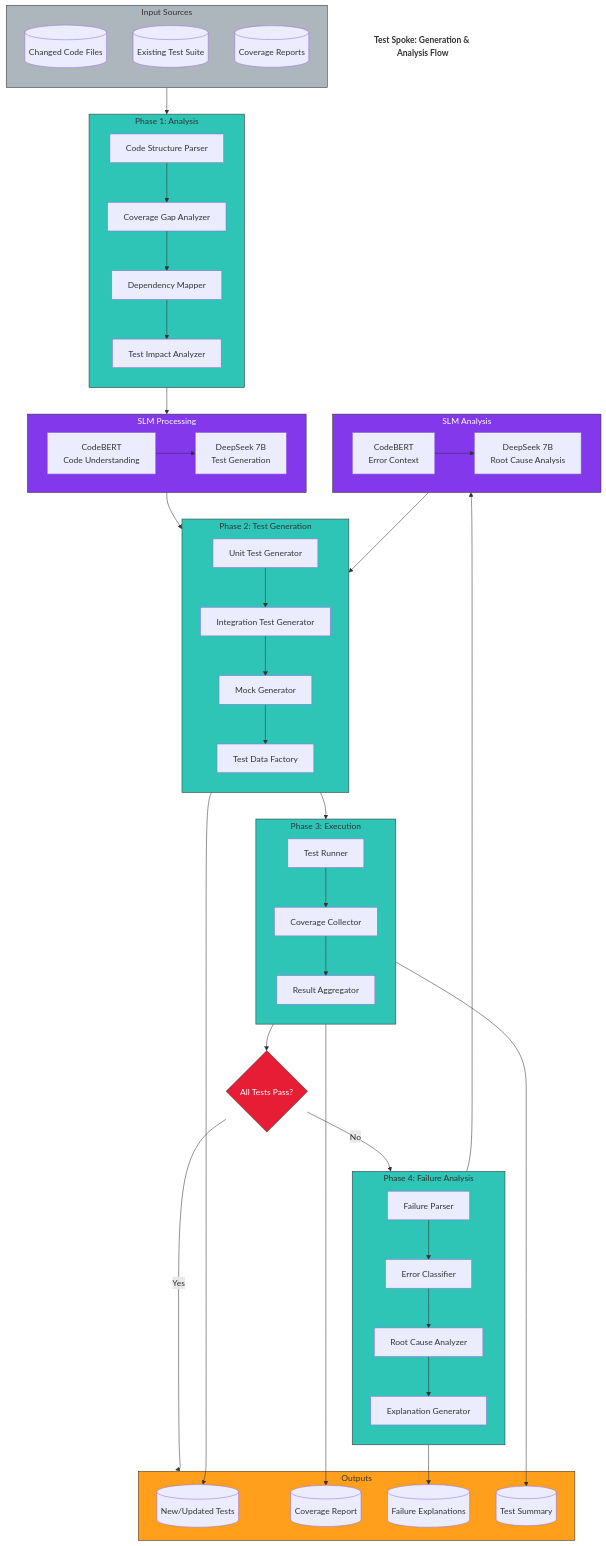
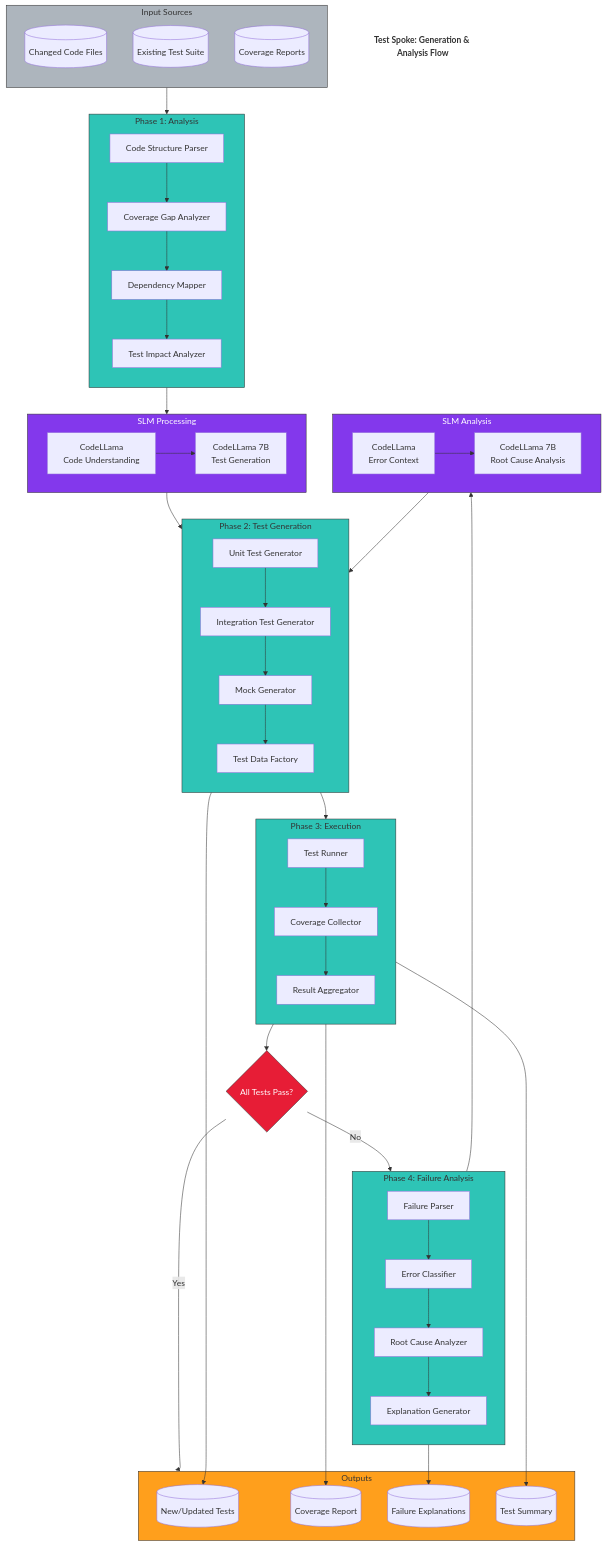
The diagram in docs/diagrams/test-spoke-flow.mmd (Drecoder/spoke-tool), drawn with Mermaid before and after one commit.

Commit message:
Revise test spoke flow diagram with updated components
Updated the diagram to reflect changes in the SLM Processing and Analysis phases.

```diff
--- a/docs/diagrams/test-spoke-flow.mmd
+++ b/docs/diagrams/test-spoke-flow.mmd
@@ -1,109 +1,110 @@
 graph TB
     title["<b>Test Spoke: Generation & Analysis Flow</b>"]
     style title fill:#fff,stroke:#333,stroke-width:0px,color:#333
     
     subgraph Input [Input Sources]
         direction TB
         CodeFiles[("Changed Code Files")]
         ExistingTests[("Existing Test Suite")]
         CoverageData[("Coverage Reports")]
     end
     
     subgraph Phase1 [Phase 1: Analysis]
         direction TB
         A1[Code Structure Parser]
         A2[Coverage Gap Analyzer]
         A3[Dependency Mapper]
         A4[Test Impact Analyzer]
         
         A1 --> A2
         A2 --> A3
         A3 --> A4
     end
     
     subgraph SLM_Test [SLM Processing]
         direction LR
-        T_Encoder[CodeBERT<br/>Code Understanding]
-        T_Gen[DeepSeek 7B<br/>Test Generation]
+        T_Encoder[CodeLLama<br/>Code Understanding]
+        T_Gen[CodeLLama 7B<br/>Test Generation]
         
         T_Encoder --> T_Gen
     end
     
     subgraph Phase2 [Phase 2: Test Generation]
         direction TB
         G1[Unit Test Generator]
         G2[Integration Test Generator]
         G3[Mock Generator]
         G4[Test Data Factory]
         
         G1 --> G2
         G2 --> G3
         G3 --> G4
     end
     
     subgraph Phase3 [Phase 3: Execution]
         direction TB
         E1[Test Runner]
         E2[Coverage Collector]
         E3[Result Aggregator]
         
         E1 --> E2
         E2 --> E3
     end
     
     subgraph Phase4 [Phase 4: Failure Analysis]
         direction TB
         F1[Failure Parser]
         F2[Error Classifier]
         F3[Root Cause Analyzer]
         F4[Explanation Generator]
         
         F1 --> F2
         F2 --> F3
         F3 --> F4
     end
     
     subgraph SLM_Analysis [SLM Analysis]
         direction LR
-        F_Encoder[CodeBERT<br/>Error Context]
-        F_Analyzer[DeepSeek 7B<br/>Root Cause Analysis]
+        F_Encoder[CodeLLama<br/>Error Context]
+        F_Analyzer[CodeLLama 7B<br/>Root Cause Analysis]
         
         F_Encoder --> F_Analyzer
     end
     
     subgraph Output [Outputs]
         O1[("New/Updated Tests")]
         O2[("Coverage Report")]
         O3[("Failure Explanations")]
         O4[("Test Summary")]
     end
     
     Input --> Phase1
     Phase1 --> SLM_Test
     SLM_Test --> Phase2
     Phase2 --> Phase3
     
     Phase3 --> Decision{All Tests Pass?}
     
     Decision -->|Yes| Output
     Decision -->|No| Phase4
     
     Phase4 --> SLM_Analysis
     SLM_Analysis --> Phase2
     
     Phase4 --> O3
     Phase3 --> O2
     Phase2 --> O1
     Phase3 --> O4
     
     classDef input fill:#adb5bd,stroke:#333,color:#333
     classDef phase fill:#2ec4b6,stroke:#333,color:#333
     classDef slm fill:#8338ec,stroke:#333,color:#fff
     classDef output fill:#ff9f1c,stroke:#333,color:#333
     classDef decision fill:#e71d36,stroke:#333,color:#fff
     
     class Input input
     class Phase1,Phase2,Phase3,Phase4 phase
     class SLM_Test,SLM_Analysis slm
     class Output output
+
     class Decision decision
```
